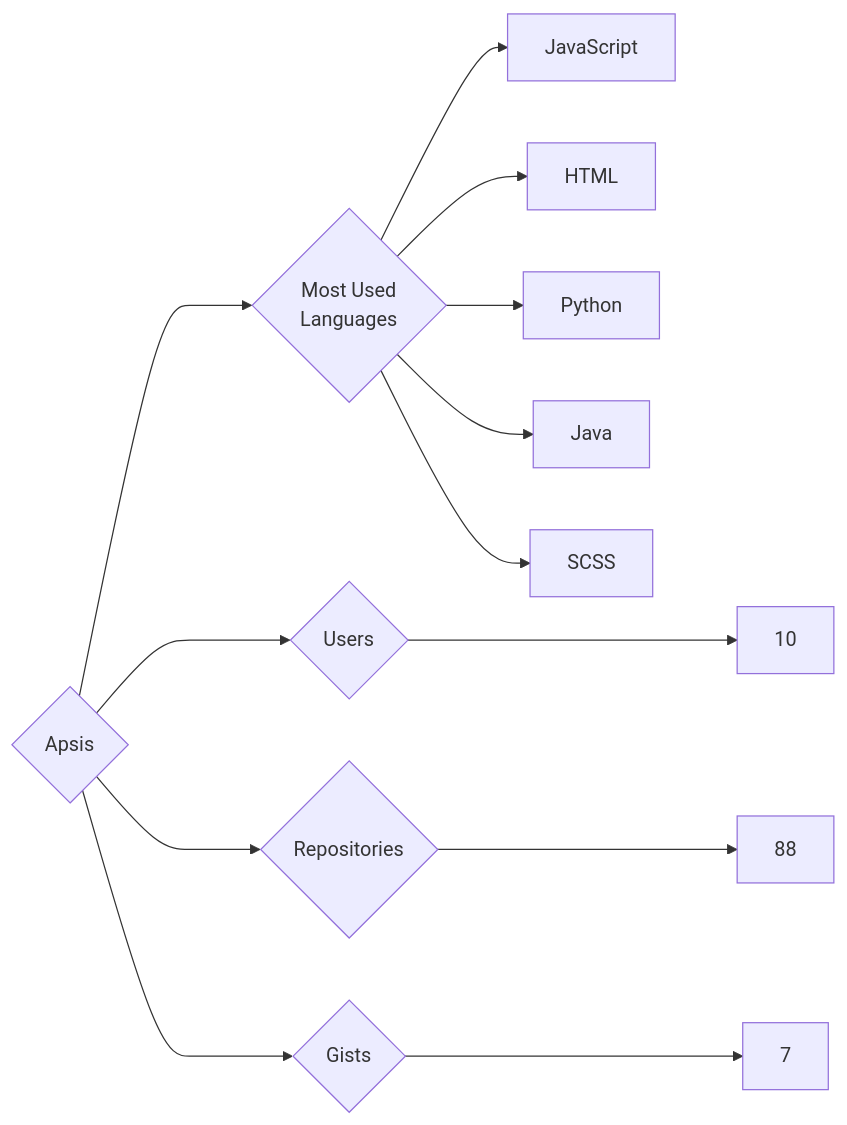
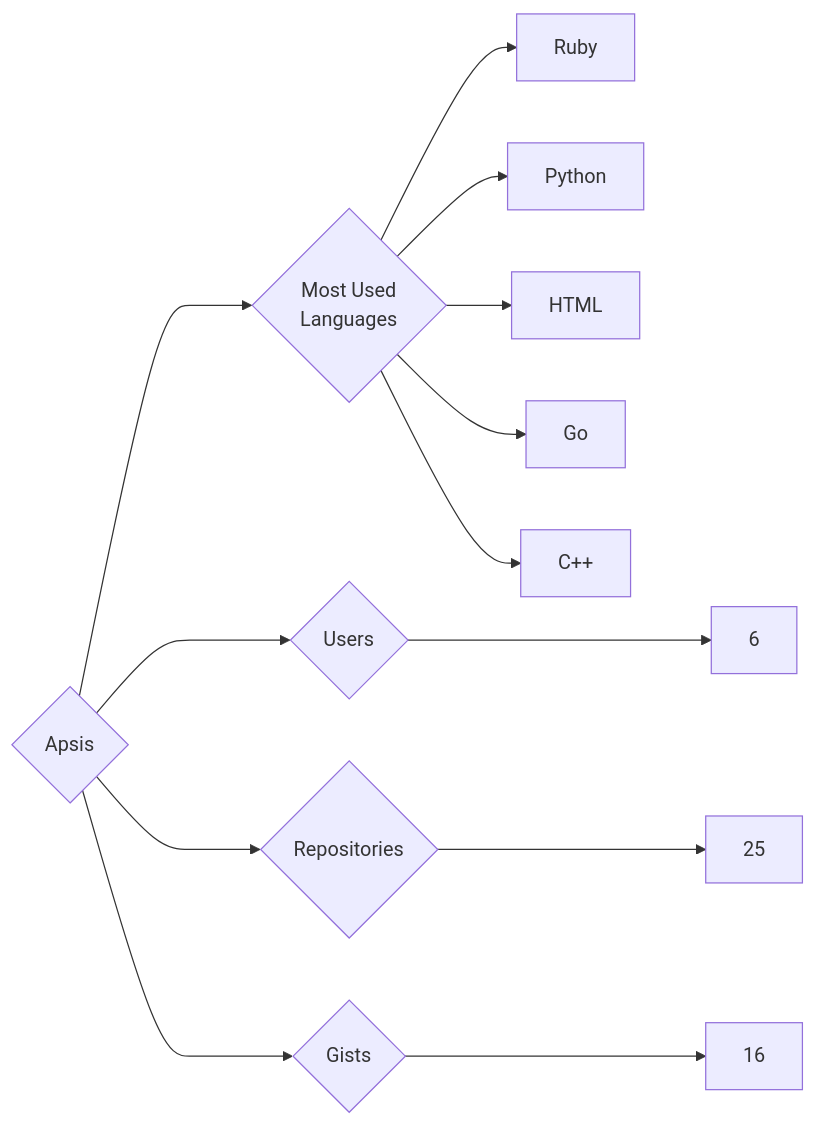
The diagram in targets/Apsis/README.md (trickest/insiders), drawn with Mermaid before and after one commit. The commit also changed 775 other files, not shown here.

````diff
--- a/targets/Apsis/README.md
+++ b/targets/Apsis/README.md
@@ -3,13 +3,13 @@
 ```mermaid
 graph LR
 COMPANY_NAME{Apsis}
-COMPANY_NAME ---> U{Users} ---> UN[10]
-COMPANY_NAME ---> R{Repositories} ---> RN[88]
-COMPANY_NAME ---> G{Gists} ---> GN[7]
+COMPANY_NAME ---> U{Users} ---> UN[6]
+COMPANY_NAME ---> R{Repositories} ---> RN[25]
+COMPANY_NAME ---> G{Gists} ---> GN[16]
 COMPANY_NAME ---> ML{Most Used<br>Languages}
-ML --> JavaScript[JavaScript]
+ML --> Ruby[Ruby]
+ML --> Python[Python]
 ML --> HTML[HTML]
-ML --> Python[Python]
-ML --> Java[Java]
-ML --> SCSS[SCSS]
+ML --> Go[Go]
+ML --> C++[C++]
 ```
````
